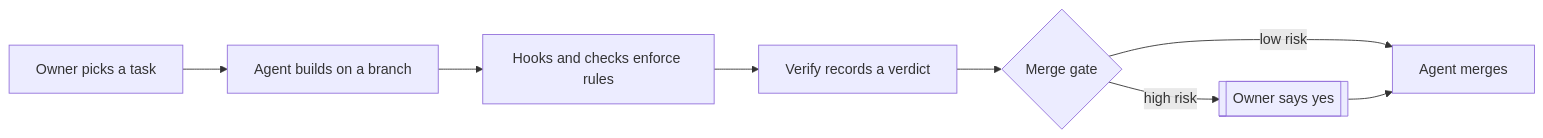
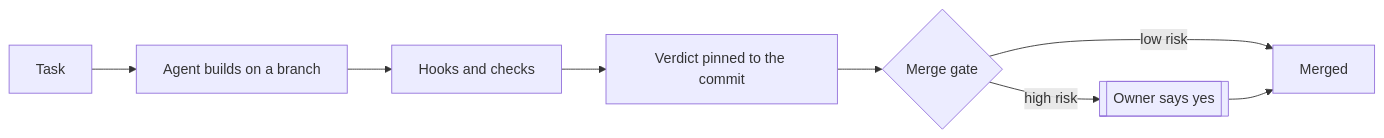
One commit to aashrayap/agent-harness changed the diagram in README.md. Above: the diagram before and after it, drawn with Mermaid. The commit also changed other lines of this file and 2 other files, not shown here.

````diff
--- a/README.md
+++ b/README.md
@@ -28,9 +11,9 @@
 ```mermaid
 flowchart LR
-  pick["Owner picks a task"] --> build["Agent builds on a branch"]
-  build --> checks["Hooks and checks enforce rules"]
-  checks --> verify["Verify records a verdict"]
-  verify --> gate{"Merge gate"}
-  gate -->|low risk| merge["Agent merges"]
+  task["Task"] --> build["Agent builds on a branch"]
+  build --> checks["Hooks and checks"]
+  checks --> verdict["Verdict pinned to the commit"]
+  verdict --> gate{"Merge gate"}
+  gate -->|low risk| merge["Merged"]
   gate -->|high risk| owner[["Owner says yes"]] --> merge
 ```
````
